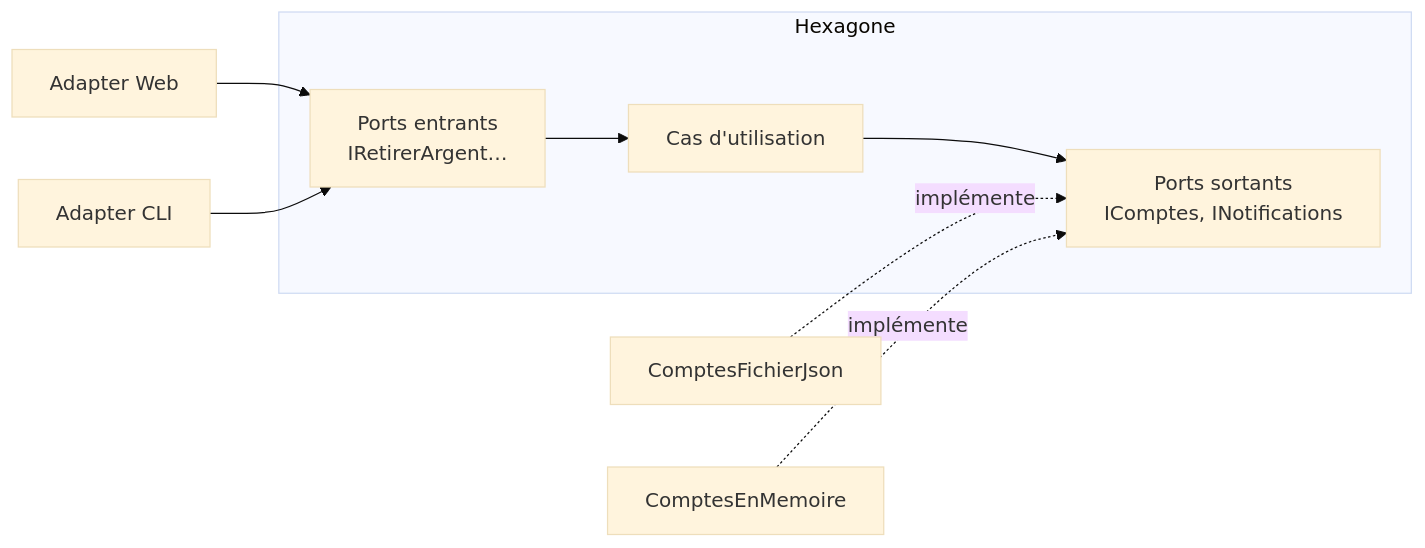
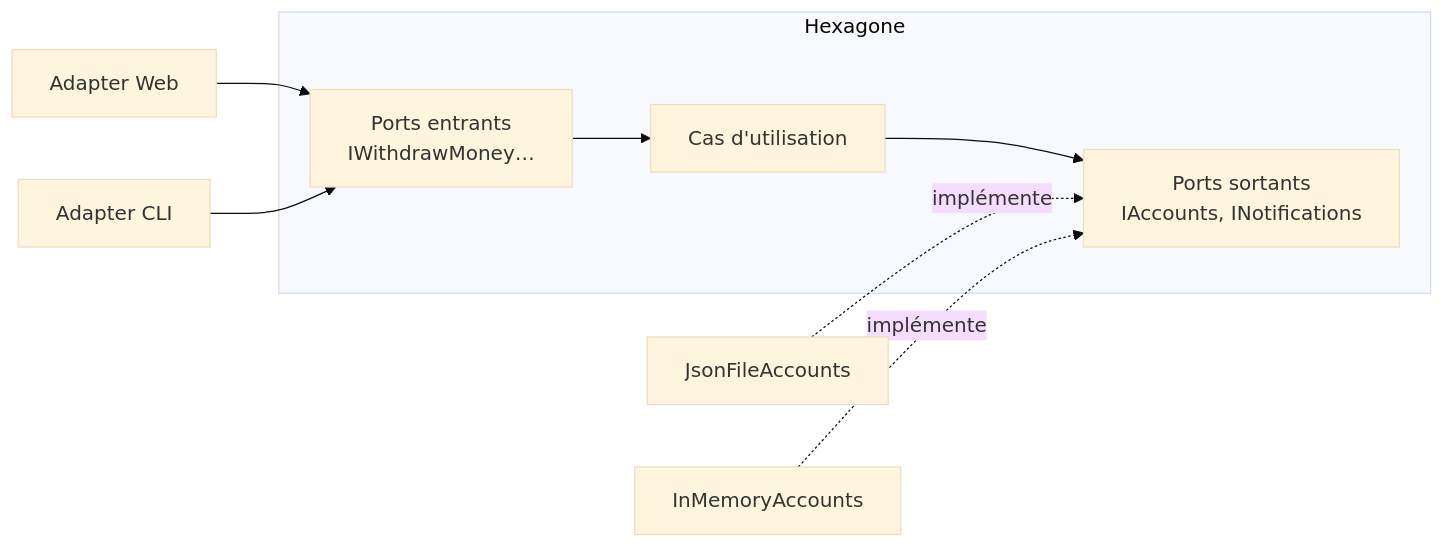
The diagram in Docs/fiches/01-hexagonale.md (drangoht/ArchitecturesDemo), drawn with Mermaid (base theme) before and after one commit. The commit also changed other lines of this file and 70 other files, not shown here.

Commit message:
Docs FR : identifiants, liens, diagrammes et sorties alignés sur le code anglais

````diff
--- a/Docs/fiches/01-hexagonale.md
+++ b/Docs/fiches/01-hexagonale.md
@@ -12,10 +12,10 @@
 ```mermaid
 flowchart LR
-    W["Adapter Web"] --> PE["Ports entrants<br/>IRetirerArgent…"]
+    W["Adapter Web"] --> PE["Ports entrants<br/>IWithdrawMoney…"]
     C["Adapter CLI"] --> PE
     subgraph H["Hexagone"]
-        PE --> A["Cas d'utilisation"] --> PS["Ports sortants<br/>IComptes, INotifications"]
+        PE --> A["Cas d'utilisation"] --> PS["Ports sortants<br/>IAccounts, INotifications"]
     end
-    J["ComptesFichierJson"] -.->|implémente| PS
-    M["ComptesEnMemoire"] -.->|implémente| PS
+    J["JsonFileAccounts"] -.->|implémente| PS
+    M["InMemoryAccounts"] -.->|implémente| PS
 ```
````
